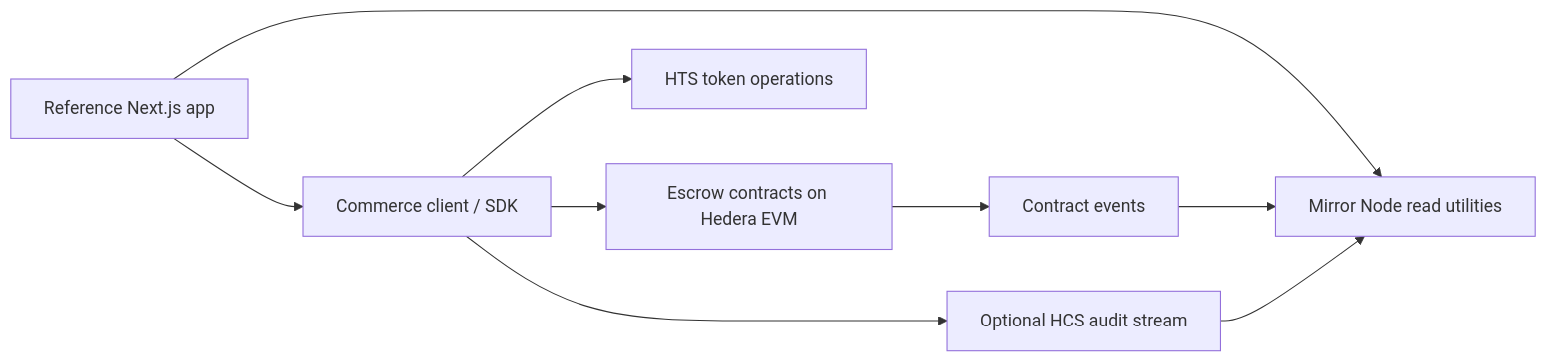
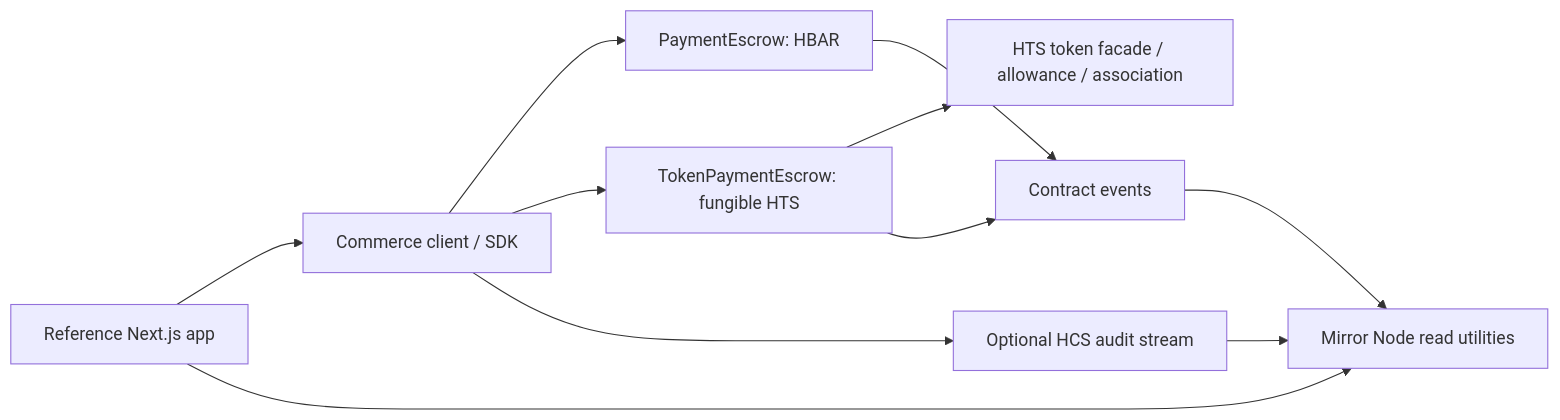
One commit to gethsun1/hedera-commerce-rail changed the first of 2 diagrams in docs/architecture.md. Above: the diagram before and after it, drawn with Mermaid. The commit also changed other lines of this file and 15 other files, not shown here.

Commit message:
feat: add HTS token settlement

````diff
--- a/docs/architecture.md
+++ b/docs/architecture.md
@@ -28,11 +28,13 @@
 ```mermaid
 flowchart LR
   UI[Reference Next.js app] --> SDK[Commerce client / SDK]
-  SDK --> SC[Escrow contracts on Hedera EVM]
-  SDK --> HTS[HTS token operations]
-  SC --> EVMEvents[Contract events]
+  SDK --> HBAR[PaymentEscrow: HBAR]
+  SDK --> TOKEN[TokenPaymentEscrow: fungible HTS]
+  TOKEN --> HTS[HTS token facade / allowance / association]
+  HBAR --> EVMEvents[Contract events]
+  TOKEN --> EVMEvents
   SDK --> HCS[Optional HCS audit stream]
   UI --> Mirror[Mirror Node read utilities]
   EVMEvents --> Mirror
   HCS --> Mirror
 ```
````
